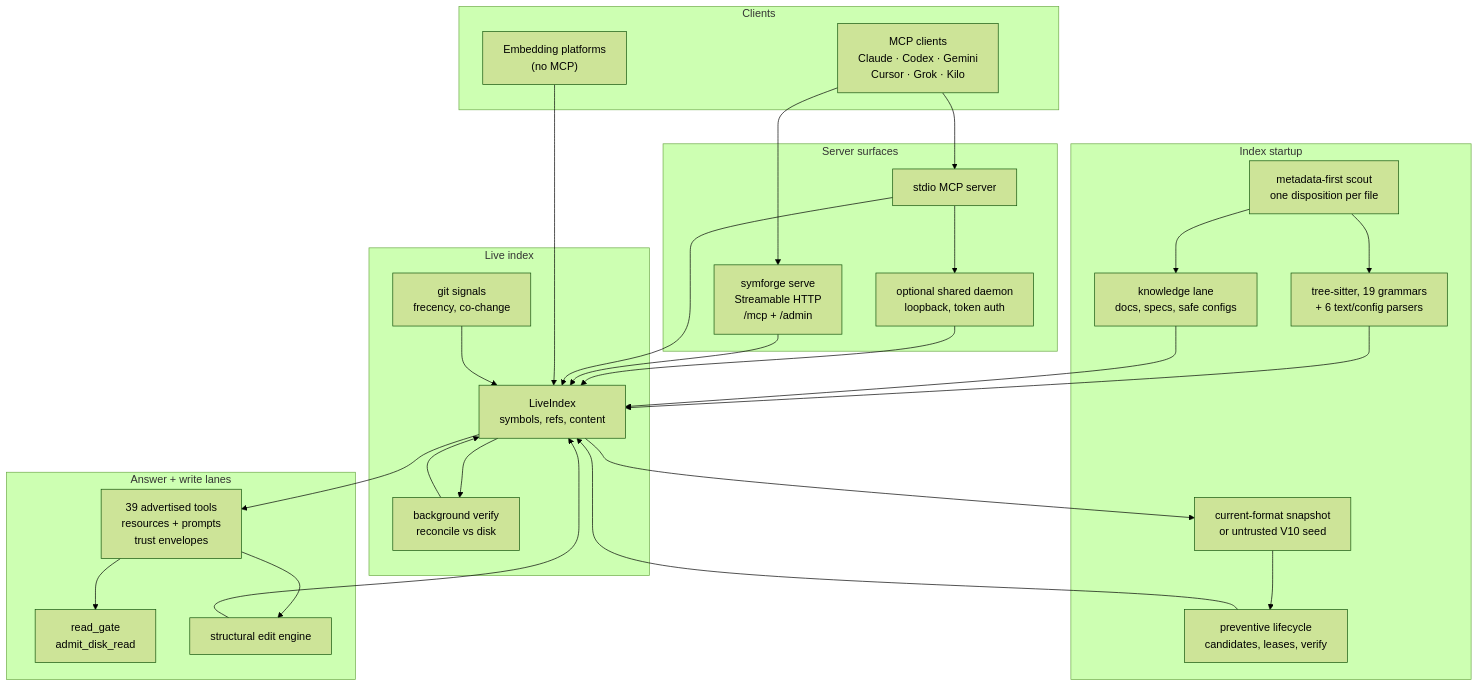
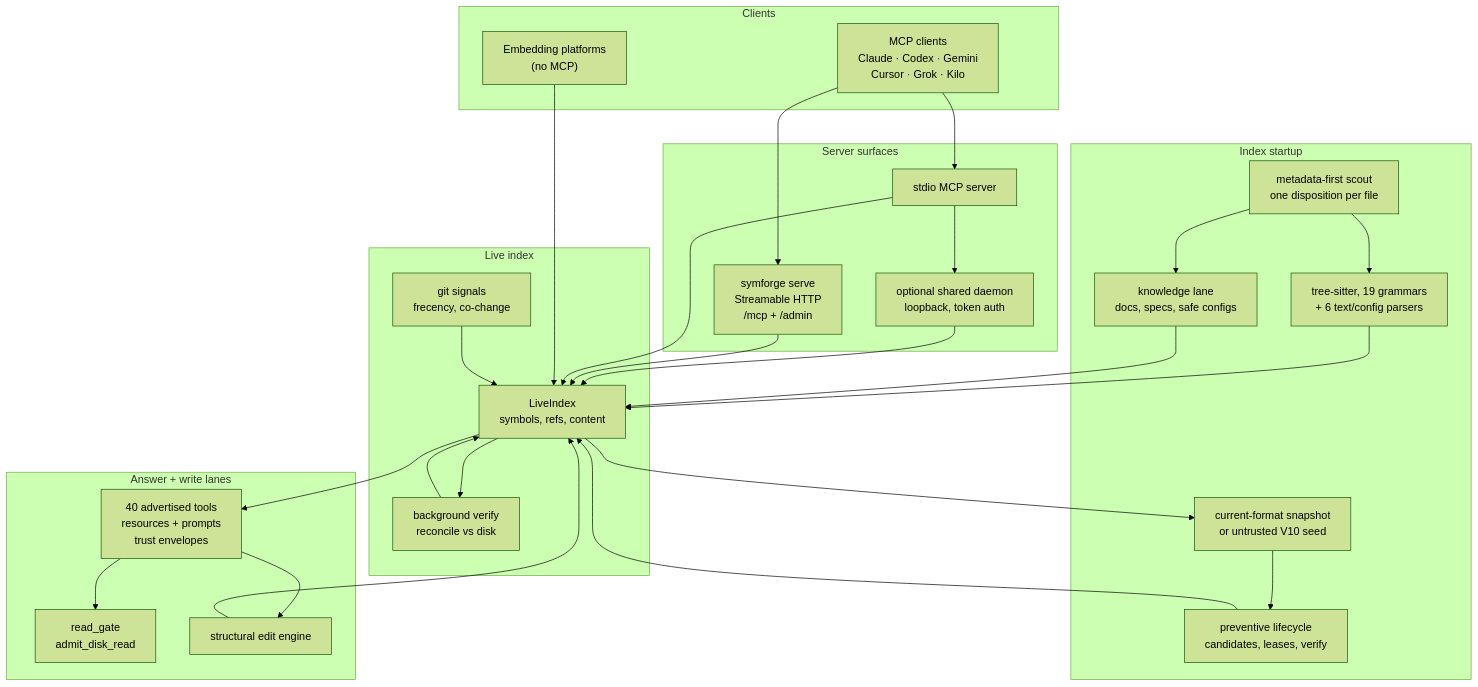
One commit to special-place-ai-heaven/symforge changed the first of 2 diagrams in README.md. Above: the diagram before and after it, drawn with Mermaid (forest theme). The commit also changed other lines of this file and 1 other file, not shown here.

First line of the commit message:
docs: refresh README claims and fix flowchart wrapping under Mermaid 12

````diff
--- a/README.md
+++ b/README.md
@@ -83,57 +83,57 @@
 ```mermaid
-%%{init: {"flowchart": {"htmlLabels": false}}}%%
+%%{init: {"flowchart": {"htmlLabels": false, "wrappingWidth": 400}}}%%
 flowchart TD
     accTitle: SymForge architecture
     accDescr: MCP clients reach the server over stdio or HTTP. Startup restores a current-format snapshot or treats a V10 file as an untrusted seed, then the preventive lifecycle and admission scout feed the live index.
 
     subgraph Clients["Clients"]
         MCP["MCP clients\nClaude · Codex · Gemini\nCursor · Grok · Kilo"]
         LIB["Embedding platforms\n(no MCP)"]
     end
 
     subgraph Surfaces["Server surfaces"]
         STDIO["stdio MCP server"]
         HTTP["symforge serve\nStreamable HTTP\n/mcp + /admin"]
         DAEMON["optional shared daemon\nloopback, token auth"]
     end
 
     subgraph Startup["Index startup"]
         SNAP["current-format snapshot\nor untrusted V10 seed"]
         SCOUT["metadata-first scout\none disposition per file"]
         PARSE["tree-sitter, 19 grammars\n+ 6 text/config parsers"]
         KNOW["knowledge lane\ndocs, specs, safe configs"]
         LIFE["preventive lifecycle\ncandidates, leases, verify"]
     end
 
     subgraph Core["Live index"]
         IDX["LiveIndex\nsymbols, refs, content"]
         SIG["git signals\nfrecency, co-change"]
         VERIFY["background verify\nreconcile vs disk"]
     end
 
     subgraph Lanes["Answer + write lanes"]
-        TOOLS["39 advertised tools\nresources + prompts\ntrust envelopes"]
+        TOOLS["40 advertised tools\nresources + prompts\ntrust envelopes"]
         GATE["read_gate\nadmit_disk_read"]
         EDITS["structural edit engine"]
     end
 
     MCP --> STDIO
     MCP --> HTTP
     STDIO --> DAEMON
     DAEMON --> IDX
     HTTP --> IDX
     STDIO --> IDX
     LIB --> IDX
 
     SNAP --> LIFE --> IDX
     SCOUT --> PARSE --> IDX
     SCOUT --> KNOW --> IDX
     SIG --> IDX
     IDX --> VERIFY --> IDX
     IDX --> SNAP
 
     IDX --> TOOLS
     TOOLS --> GATE
     TOOLS --> EDITS
     EDITS --> IDX
 ```
````
